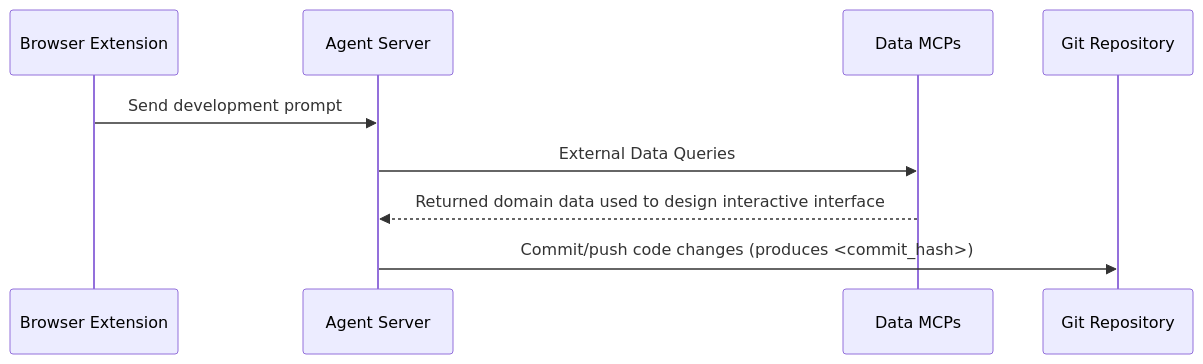
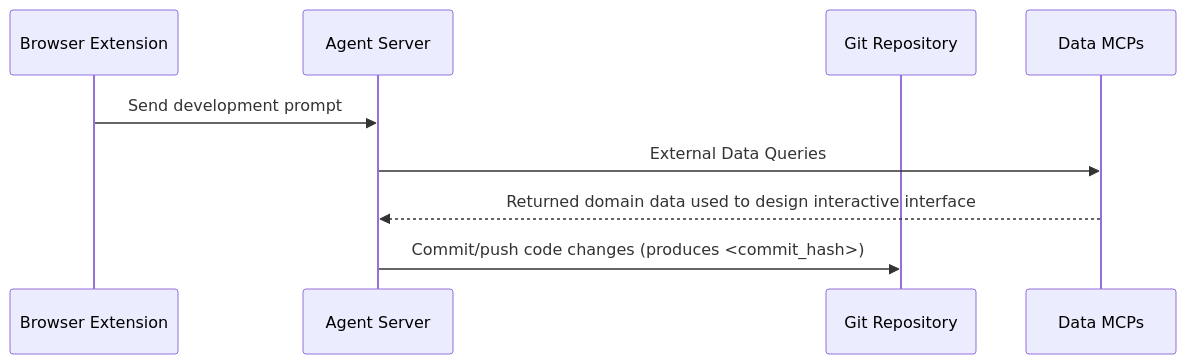
Before and after one commit to grafnu/udmi: the second of 5 diagrams in mcp/axoloctl/README.md, drawn with Mermaid. The commit also changed other lines of this file, not shown here.

Commit message:
Remove redundant sequence diagram bullets and align participant ordering

````diff
--- a/mcp/axoloctl/README.md
+++ b/mcp/axoloctl/README.md
@@ -96,12 +96,12 @@
 ```mermaid
 sequenceDiagram
   participant Ext as Browser Extension
   participant Agent as Agent Server
+  participant Git as Git Repository
   participant DataMCP as Data MCPs
-  participant Git as Git Repository
 
   Ext->>Agent: Send development prompt
   Agent->>DataMCP: External Data Queries
   DataMCP-->>Agent: Returned domain data used to design interactive interface
   Agent->>Git: Commit/push code changes (produces <commit_hash>)
 ```
````
